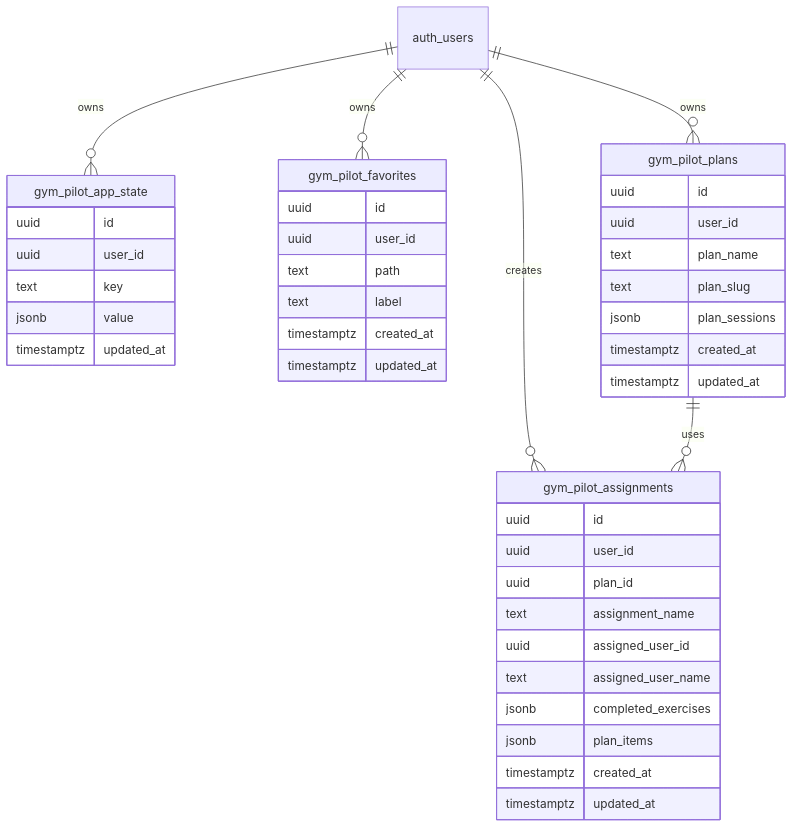
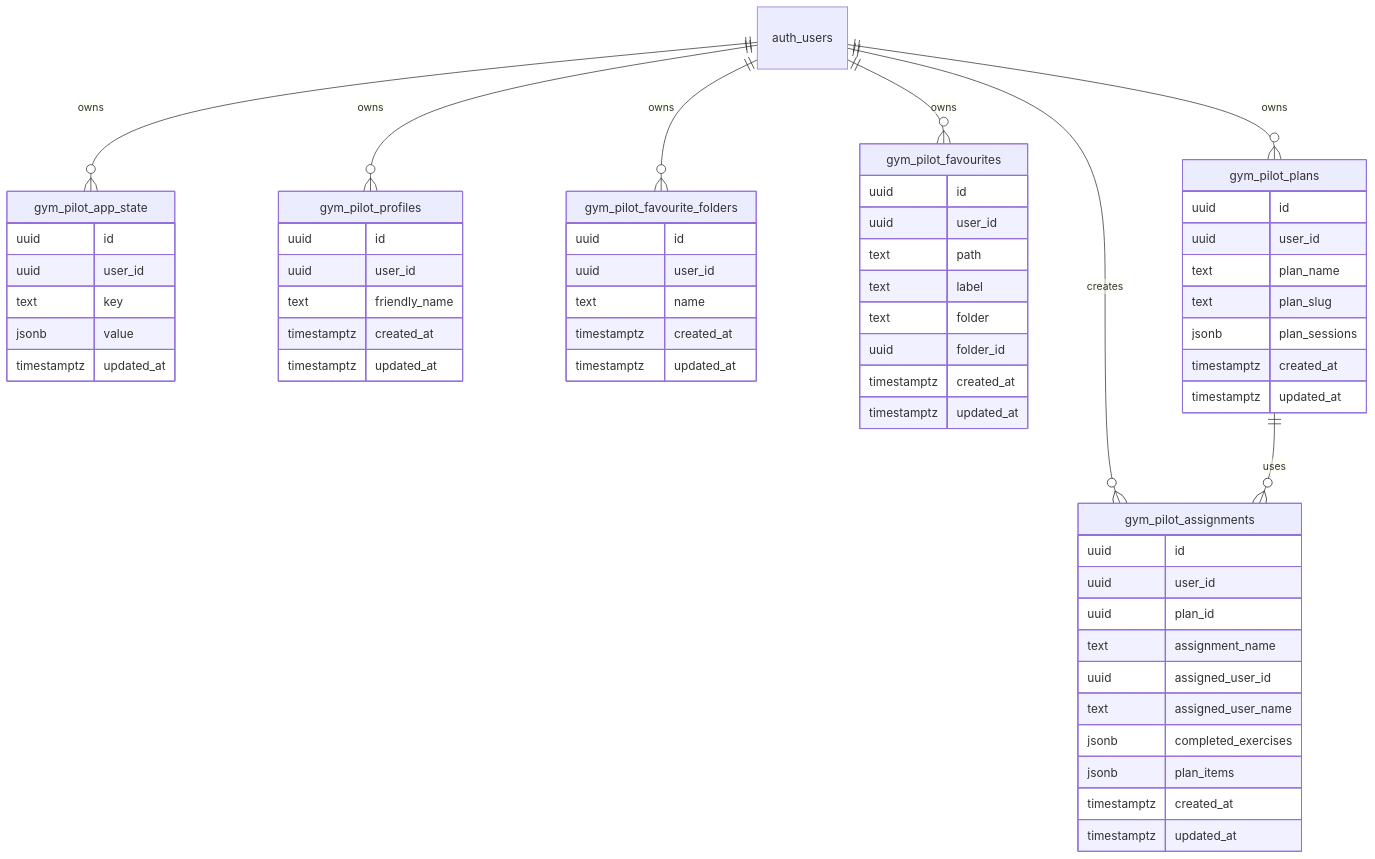
The diagram in docs/data-schema.md (asudbury/gym-pilot), drawn with Mermaid before and after one commit. The commit also changed other lines of this file and 23 other files, not shown here.

````diff
--- a/docs/data-schema.md
+++ b/docs/data-schema.md
@@ -70,48 +100,68 @@
 ```mermaid
 erDiagram
     auth_users ||--o{ gym_pilot_app_state : owns
-    auth_users ||--o{ gym_pilot_favorites : owns
+    auth_users ||--o{ gym_pilot_profiles : owns
+    auth_users ||--o{ gym_pilot_favourite_folders : owns
+    auth_users ||--o{ gym_pilot_favourites : owns
     auth_users ||--o{ gym_pilot_plans : owns
     auth_users ||--o{ gym_pilot_assignments : creates
     gym_pilot_plans ||--o{ gym_pilot_assignments : uses
 
     gym_pilot_app_state {
         uuid id
         uuid user_id
         text key
         jsonb value
         timestamptz updated_at
     }
 
-    gym_pilot_favorites {
+    gym_pilot_profiles {
+        uuid id
+        uuid user_id
+        text friendly_name
+        timestamptz created_at
+        timestamptz updated_at
+    }
+
+    gym_pilot_favourite_folders {
+        uuid id
+        uuid user_id
+        text name
+        timestamptz created_at
+        timestamptz updated_at
+    }
+
+    gym_pilot_favourites {
         uuid id
         uuid user_id
         text path
         text label
+        text folder
+        uuid folder_id
         timestamptz created_at
         timestamptz updated_at
     }
 
     gym_pilot_plans {
         uuid id
         uuid user_id
         text plan_name
         text plan_slug
         jsonb plan_sessions
         timestamptz created_at
         timestamptz updated_at
     }
 
     gym_pilot_assignments {
         uuid id
         uuid user_id
         uuid plan_id
         text assignment_name
         uuid assigned_user_id
         text assigned_user_name
         jsonb completed_exercises
         jsonb plan_items
         timestamptz created_at
         timestamptz updated_at
     }
 ```
````
